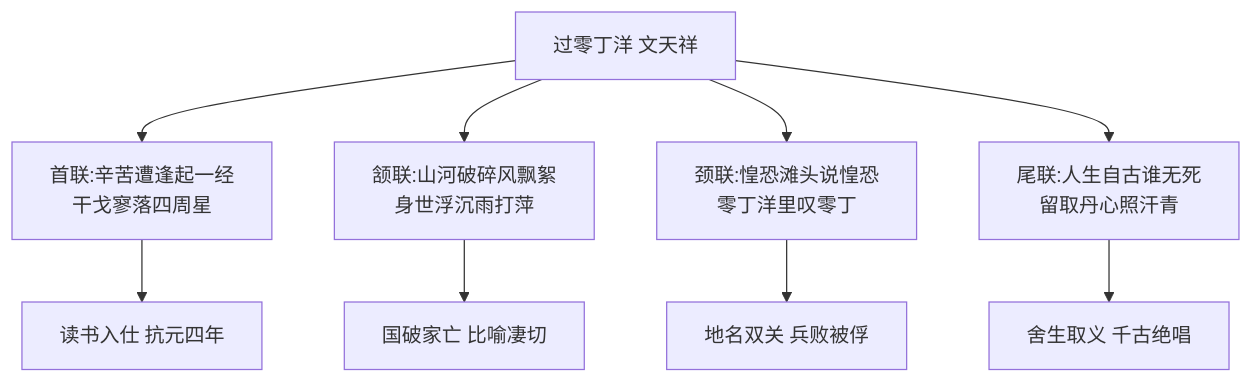
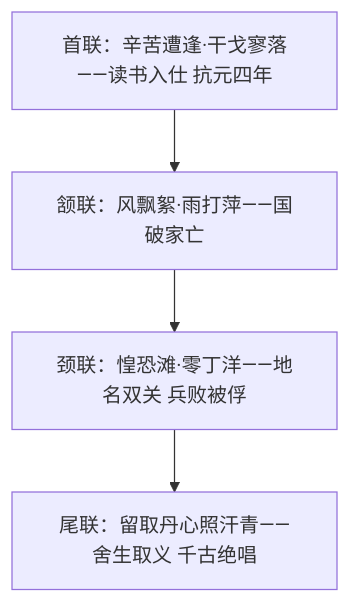
The third of 5 diagrams in content/chinese/grade9-1/ch6/t5/note.md (moirakk/beijing-study-portal), drawn with Mermaid before and after one commit. The commit also changed other lines of this file and 30 other files, not shown here.

````diff
--- a/content/chinese/grade9-1/ch6/t5/note.md
+++ b/content/chinese/grade9-1/ch6/t5/note.md
@@ -51,11 +40,6 @@
 ```mermaid
 flowchart TD
-    A[过零丁洋 文天祥] --> B[首联:辛苦遭逢起一经<br/>干戈寥落四周星]
-    B --> C[读书入仕 抗元四年]
-    A --> D[颔联:山河破碎风飘絮<br/>身世浮沉雨打萍]
-    D --> E[国破家亡 比喻凄切]
-    A --> F[颈联:惶恐滩头说惶恐<br/>零丁洋里叹零丁]
-    F --> G[地名双关 兵败被俘]
-    A --> H[尾联:人生自古谁无死<br/>留取丹心照汗青]
-    H --> I[舍生取义 千古绝唱]
+    A[首联：辛苦遭逢·干戈寥落——读书入仕 抗元四年] --> B[颔联：风飘絮·雨打萍——国破家亡]
+    B --> C[颈联：惶恐滩·零丁洋——地名双关 兵败被俘]
+    C --> D[尾联：留取丹心照汗青——舍生取义 千古绝唱]
 ```
````
